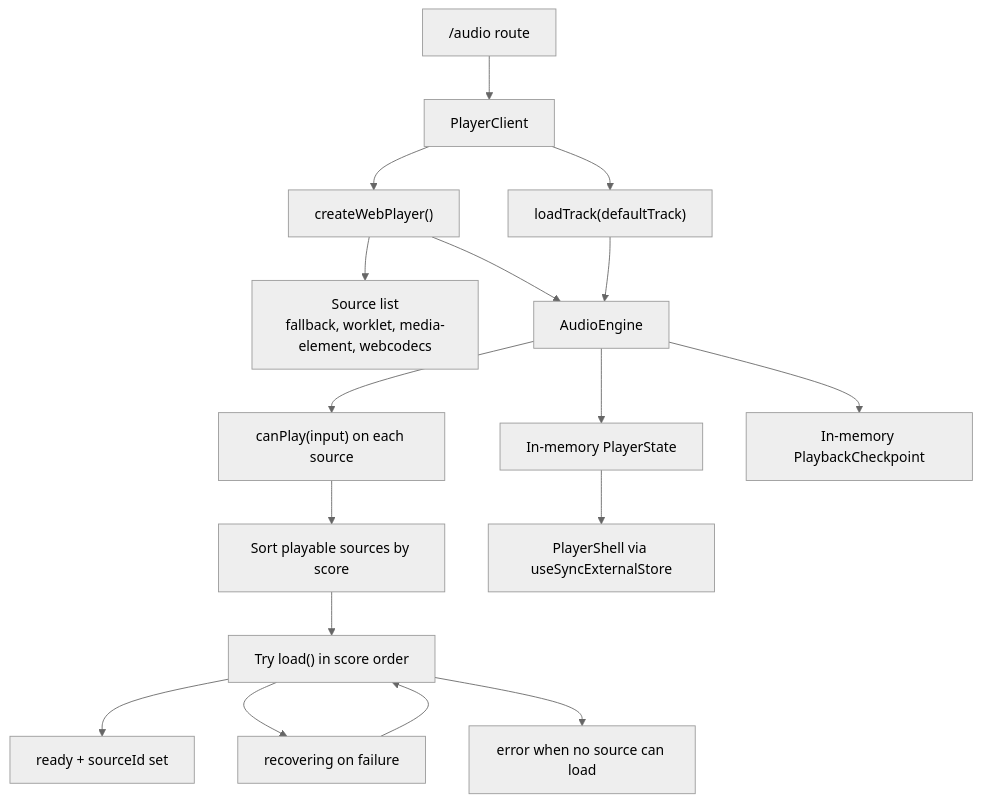
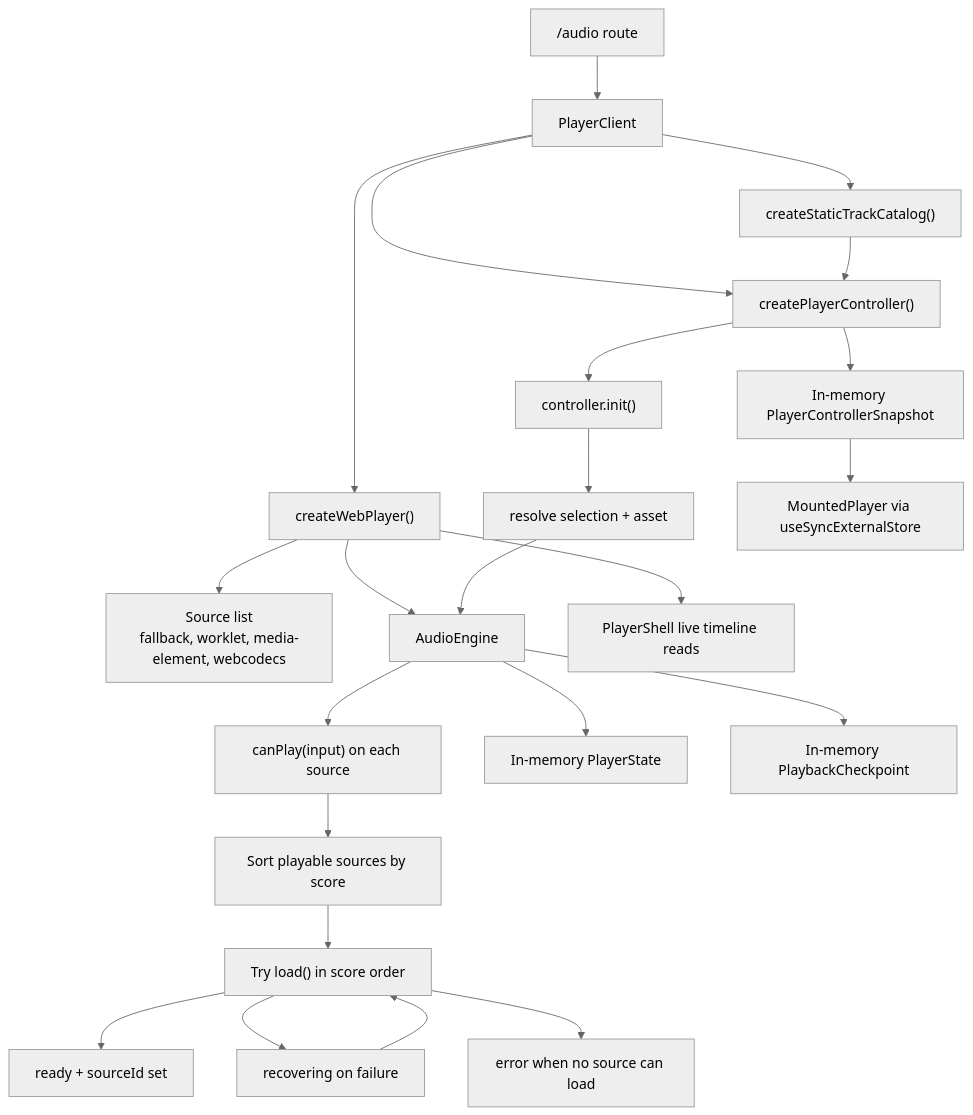
One commit to kalynbeach/kkb changed the first of 3 diagrams in docs/specs/2026-03-12-web-audio-player-track-loading-selection-storage.md. Above: the diagram before and after it, drawn with Mermaid (neutral theme). The commit also changed other lines of this file and 27 other files, not shown here.

````diff
--- a/docs/specs/2026-03-12-web-audio-player-track-loading-selection-storage.md
+++ b/docs/specs/2026-03-12-web-audio-player-track-loading-selection-storage.md
@@ -106,22 +119,28 @@
 ```mermaid
 flowchart TD
     Route["/audio route"] --> PlayerClient["PlayerClient"]
+    PlayerClient --> Catalog["createStaticTrackCatalog()"]
     PlayerClient --> Factory["createWebPlayer()"]
-    PlayerClient --> Load["loadTrack(defaultTrack)"]
+    PlayerClient --> Controller["createPlayerController()"]
+    Controller --> Init["controller.init()"]
 
     Factory --> Sources["Source list<br/>fallback, worklet, media-element, webcodecs"]
     Factory --> Engine["AudioEngine"]
+    Catalog --> Controller
 
-    Load --> Engine
+    Init --> ControllerLoad["resolve selection + asset"]
+    ControllerLoad --> Engine
     Engine --> Probe["canPlay(input) on each source"]
     Probe --> Rank["Sort playable sources by score"]
     Rank --> Attempt["Try load() in score order"]
     Attempt --> Ready["ready + sourceId set"]
     Attempt --> Recover["recovering on failure"]
     Attempt --> Error["error when no source can load"]
     Recover --> Attempt
 
+    Controller --> ControllerState["In-memory PlayerControllerSnapshot"]
     Engine --> Store["In-memory PlayerState"]
     Engine --> Checkpoint["In-memory PlaybackCheckpoint"]
-    Store --> UI["PlayerShell via useSyncExternalStore"]
+    ControllerState --> UI["MountedPlayer via useSyncExternalStore"]
+    Factory --> Shell["PlayerShell live timeline reads"]
 ```
````
